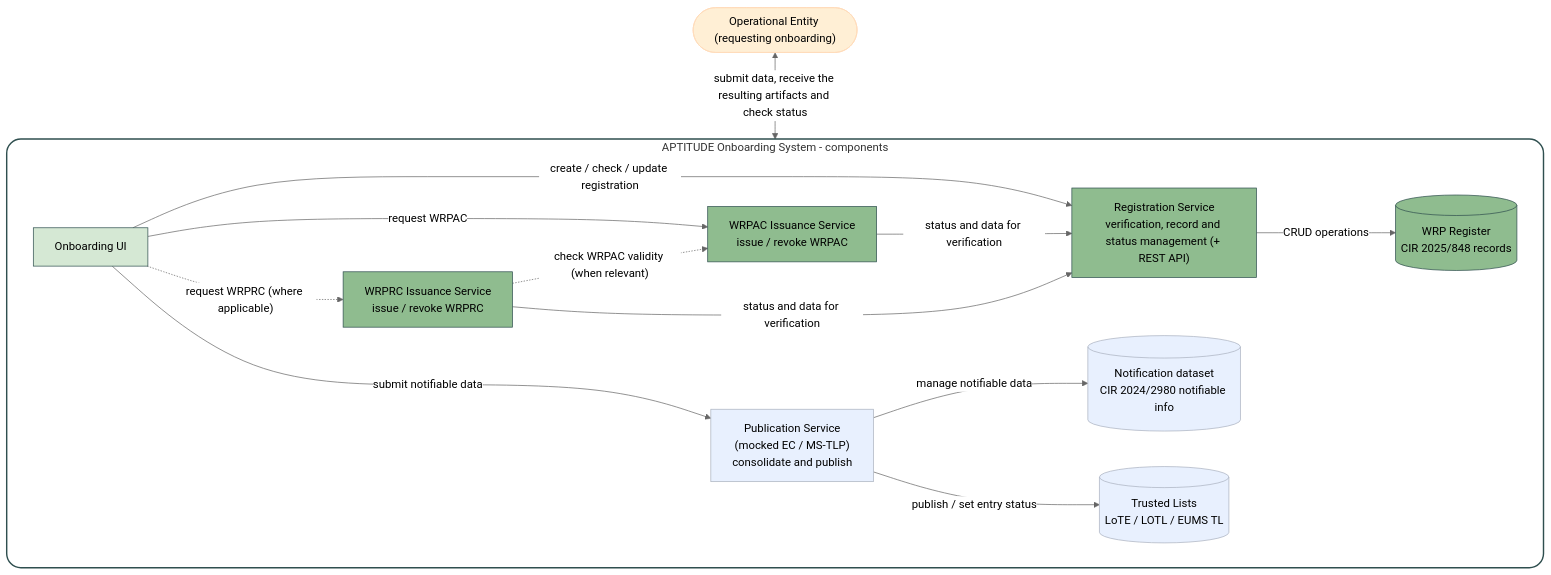
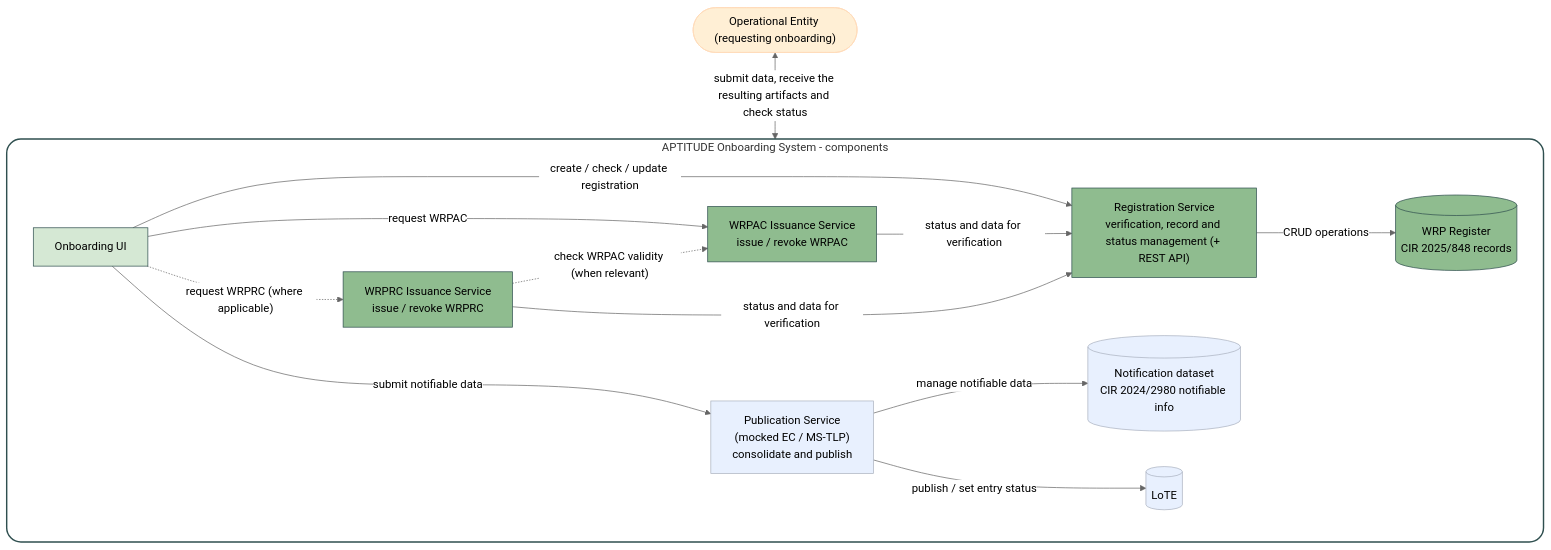
Before and after one commit to APTITUDE-Consortium/wp2-trust-specifications: the third of 5 diagrams in docs/topics/onboarding-process.md, drawn with Mermaid (neutral theme). The commit also changed other lines of this file and 20 other files, not shown here.

````diff
--- a/docs/topics/onboarding-process.md
+++ b/docs/topics/onboarding-process.md
@@ -113,42 +113,42 @@
 ```mermaid
 graph TB
 
     OpEn(["Operational Entity (requesting onboarding)"])
 
     subgraph SYS["APTITUDE Onboarding System - components"]
         direction LR
         UI["Onboarding UI"]
         RegSvc["Registration Service<br/>verification, record and status management (+ REST API)"]
         WRPReg[("WRP Register<br/>CIR 2025/848 records")]
         ACsvc["WRPAC Issuance Service<br/>issue / revoke WRPAC"]
         RCsvc["WRPRC Issuance Service<br/>issue / revoke WRPRC"]
         PubSvc["Publication Service<br/>(mocked EC / MS-TLP)<br/>consolidate and publish"]
         NotifDS[("Notification dataset<br/>CIR 2024/2980 notifiable info")]
-        Lists[("Trusted Lists<br/>LoTE / LOTL / EUMS TL")]
+        Lists[("LoTE")]
 
         UI -->|"create / check / update registration"| RegSvc
         UI -->|"request WRPAC"| ACsvc
         UI -.->|"request WRPRC (where applicable)"| RCsvc
         UI -->|"submit notifiable data"| PubSvc
         RegSvc -->|"CRUD operations"| WRPReg
         ACsvc -->|"status and data for verification"| RegSvc
         RCsvc -->|"status and data for verification"| RegSvc
         RCsvc -.->|"check WRPAC validity (when relevant)"| ACsvc
         RCsvc ~~~ PubSvc
         PubSvc -->|"manage notifiable data"| NotifDS
         PubSvc -->|"publish / set entry status"| Lists
     end
 
     OpEn <-->|"submit data, receive the resulting artifacts and check status"| UI
 
     %% Style
     style SYS fill:#ffff,stroke:#2f4f4f,stroke-width:2px,rx:20,ry:20
     classDef green fill:#8fbc8f,stroke:#2f4f4f
     classDef blue fill:#e8f0fe,stroke:#abb2bf
     classDef cand fill:#ffefd5,stroke:#ffdab9
     classDef ui fill:#d5e8d4,stroke:#2f4f4f
     class RegSvc,ACsvc,RCsvc,WRPReg green;
     class PubSvc,NotifDS,Lists blue;
     class OpEn cand;
     class UI ui;
 ```
````
